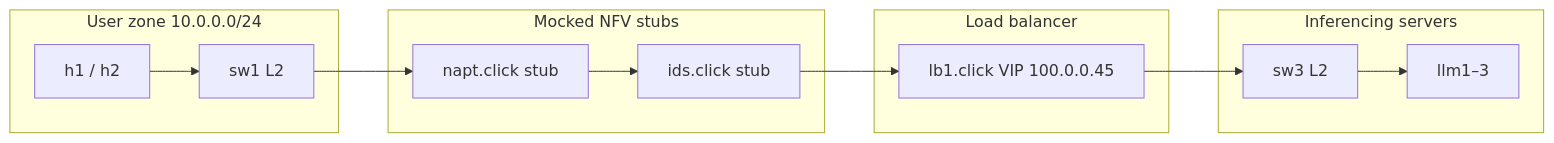
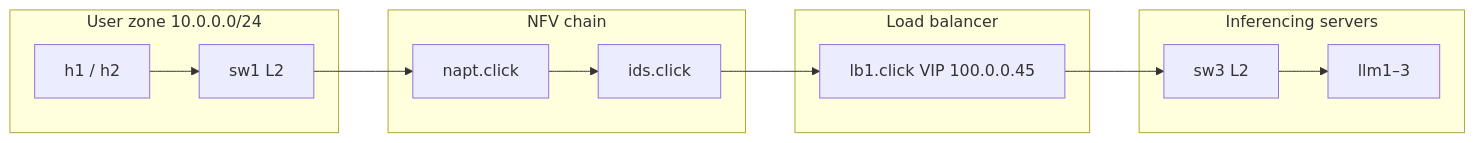
The first of 2 diagrams in docs/load_balancer.md (Hong-yiii/ML-networking), drawn with Mermaid before and after one commit. The commit also changed other lines of this file and 13 other files, not shown here.

````diff
--- a/docs/load_balancer.md
+++ b/docs/load_balancer.md
@@ -17,19 +19,19 @@
 ```mermaid
 flowchart LR
   subgraph UZ[User zone 10.0.0.0/24]
     h1[h1 / h2]
     sw1[sw1 L2]
   end
-  subgraph MOCK[Mocked NFV stubs]
-    napt[napt.click stub]
-    ids[ids.click stub]
+  subgraph NFV[NFV chain]
+    napt[napt.click]
+    ids[ids.click]
   end
   subgraph LB[Load balancer]
     lb1[lb1.click VIP 100.0.0.45]
   end
   subgraph IZ[Inferencing servers]
     sw3[sw3 L2]
     llm[llm1–3]
   end
   h1 --> sw1 --> napt --> ids --> lb1 --> sw3 --> llm
 ```
````
